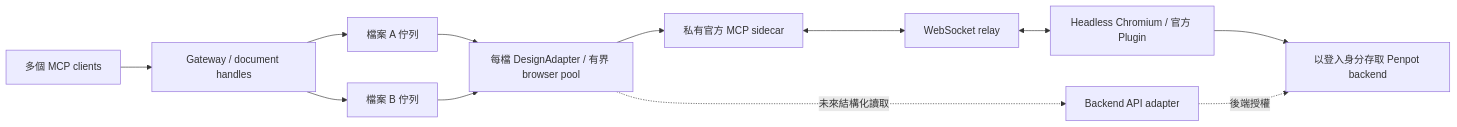
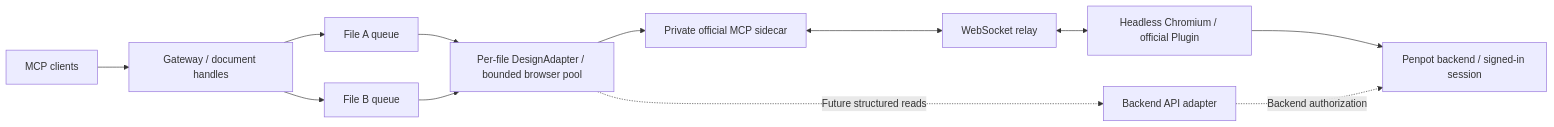
Before and after one commit to Ti-wb/penpot-better-mcp: the diagram in docs/architecture.md, drawn with Mermaid. The commit also changed other lines of this file and 9 other files, not shown here.

````diff
--- a/docs/architecture.md
+++ b/docs/architecture.md
@@ -3,14 +5,14 @@
 ```mermaid
 flowchart LR
-  C[多個 MCP clients] --> G[Gateway / document handles]
-  G --> Q1[檔案 A 佇列]
-  G --> Q2[檔案 B 佇列]
-  Q1 --> A[每檔 DesignAdapter / 有界 browser pool]
+  C[MCP clients] --> G[Gateway / document handles]
+  G --> Q1[File A queue]
+  G --> Q2[File B queue]
+  Q1 --> A[Per-file DesignAdapter / bounded browser pool]
   Q2 --> A
-  A --> U[私有官方 MCP sidecar]
+  A --> U[Private official MCP sidecar]
   U <--> R[WebSocket relay]
-  R <--> P[Headless Chromium / 官方 Plugin]
-  P --> B[以登入身分存取 Penpot backend]
-  A -. 未來結構化讀取 .-> D[Backend API adapter]
-  D -. 後端授權 .-> B
+  R <--> P[Headless Chromium / official Plugin]
+  P --> B[Penpot backend / signed-in session]
+  A -. Future structured reads .-> D[Backend API adapter]
+  D -. Backend authorization .-> B
 ```
````
